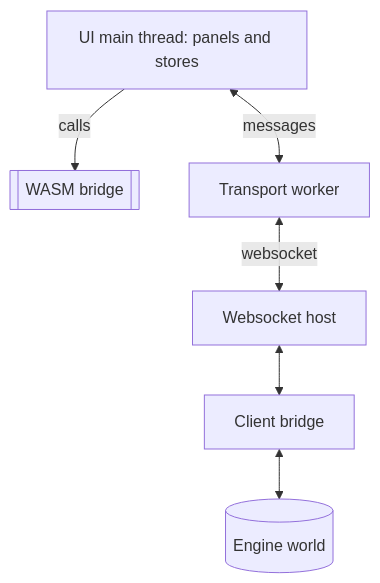
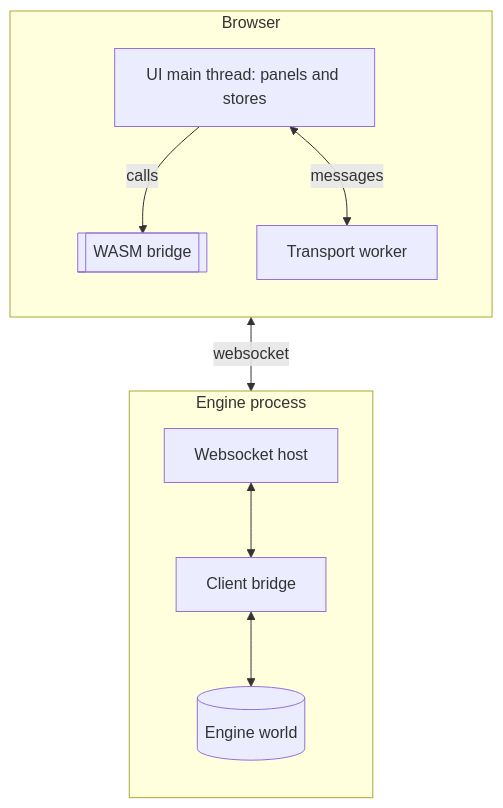
The second of 4 diagrams in docs/internal/src/architecture/system-overview.md (stewartadam/nightfall-lightdesk), drawn with Mermaid before and after one commit. The commit also changed other lines of this file and 2 other files, not shown here.

Commit message:
docs(developer-guide): clarify the WASM bridge and group web UI diagram
Group the browser and engine process components in the path from the web
UI to the engine. Describe the WASM bridge as a crate that exports
functions calling into other crates, not a WASM build of the domain
crates, drop the paragraph that repeated its bullet list, and add a crate
map section listing each export and the crates behind it.

Claude-Session: https://claude.ai/code/session_01WysrN7jPtoEmNNATAsmJfh

````diff
--- a/docs/internal/src/architecture/system-overview.md
+++ b/docs/internal/src/architecture/system-overview.md
@@ -48,16 +48,22 @@
 ```mermaid
 flowchart TB
   accTitle: Path from the web UI to the engine
-  accDescr: Panels and stores on the UI main thread exchange messages with the transport worker. The worker holds the websocket connection to the websocket host, which passes messages through the client bridge into the engine world. The main thread also calls the WASM bridge directly for shared logic.
-  main[UI main thread: panels and stores]
-  wasm[[WASM bridge]]
-  worker[Transport worker]
-  host[Websocket host]
-  bridge[Client bridge]
-  world[(Engine world)]
-  main -- calls --> wasm
-  main <-->|messages| worker
+  accDescr: In the browser, panels and stores on the UI main thread call the WASM bridge directly for shared logic and exchange messages with the transport worker. The worker holds the websocket connection to the engine process, where the websocket host passes messages through the client bridge into the engine world.
+  subgraph browser[Browser]
+    direction TB
+    main[UI main thread: panels and stores]
+    wasm[[WASM bridge]]
+    worker[Transport worker]
+    main -- calls --> wasm
+    main <-->|messages| worker
+  end
+  subgraph backend[Engine process]
+    direction TB
+    host[Websocket host]
+    bridge[Client bridge]
+    world[(Engine world)]
+    host <--> bridge
+    bridge <--> world
+  end
   worker <-->|websocket| host
-  host <--> bridge
-  bridge <--> world
 ```
````
